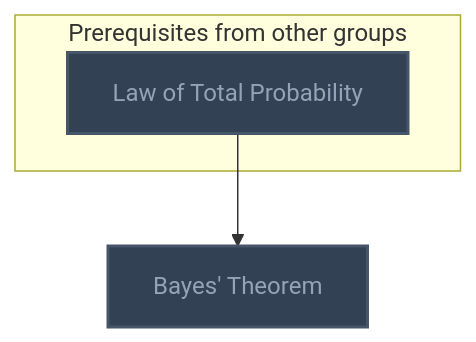
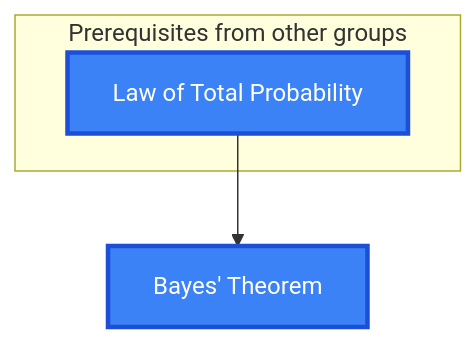
Before and after one commit to MRauf1/My-Notes: the second of 6 diagrams in Gamification/Skill Trees/Bayesian Statistics.md, drawn with Mermaid. The commit also changed other lines of this file and 145 other files, not shown here.

````diff
--- a/Gamification/Skill Trees/Bayesian Statistics.md
+++ b/Gamification/Skill Trees/Bayesian Statistics.md
@@ -45,19 +45,19 @@
 ```mermaid
 flowchart TD
     classDef planned fill:#1E293B,stroke:#64748B,stroke-width:2px,stroke-dasharray:5 5,color:#94A3B8;
     classDef locked fill:#334155,stroke:#475569,stroke-width:2px,color:#94A3B8;
     classDef L0 fill:#F1F5F9,stroke:#94A3B8,stroke-width:2px,color:#000000;
     classDef L1 fill:#22C55E,stroke:#15803D,stroke-width:2px,color:#000000;
     classDef L2 fill:#3B82F6,stroke:#1D4ED8,stroke-width:3px,color:#FFFFFF;
     classDef L3 fill:#A855F7,stroke:#6B21A8,stroke-width:3px,color:#FFFFFF,font-weight:bold;
     classDef L4 fill:#F97316,stroke:#C2410C,stroke-width:4px,color:#000000,font-weight:bold;
     classDef L5 fill:#FFD700,stroke:#FF8C00,stroke-width:5px,color:#000000,font-weight:bold;
     classDef rusty stroke:#8B4513,stroke-width:4px,stroke-dasharray:3 3;
     subgraph sg_prereqs["Prerequisites from other groups"]
         n_law_of_total_probability["Law of Total Probability"]
     end
     n_bayes_theorem["Bayes' Theorem"]
     n_law_of_total_probability --> n_bayes_theorem
-    class n_law_of_total_probability,n_bayes_theorem locked;
+    class n_law_of_total_probability,n_bayes_theorem L2;
     class n_law_of_total_probability,n_bayes_theorem internal-link;
 ```
````
